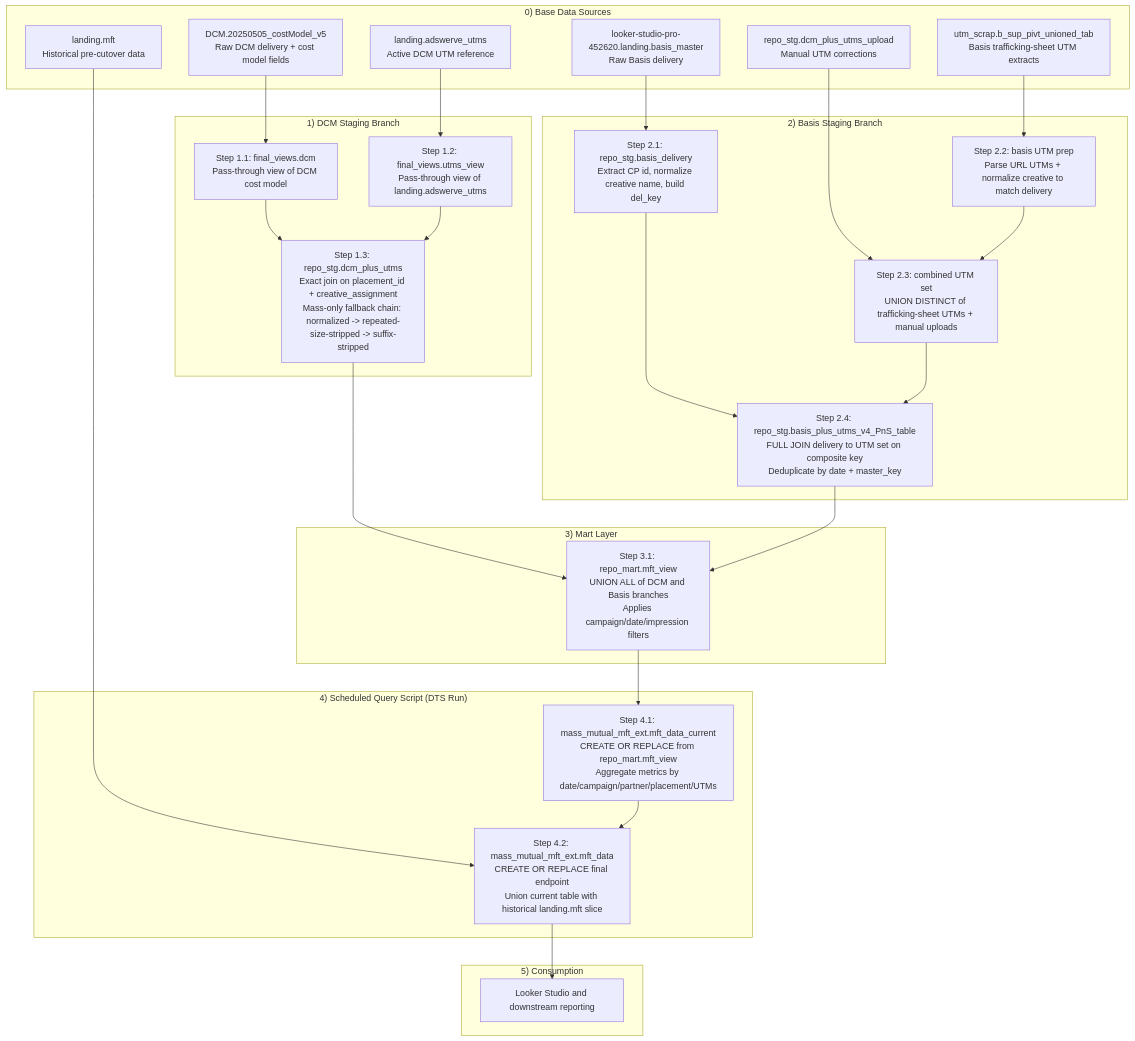
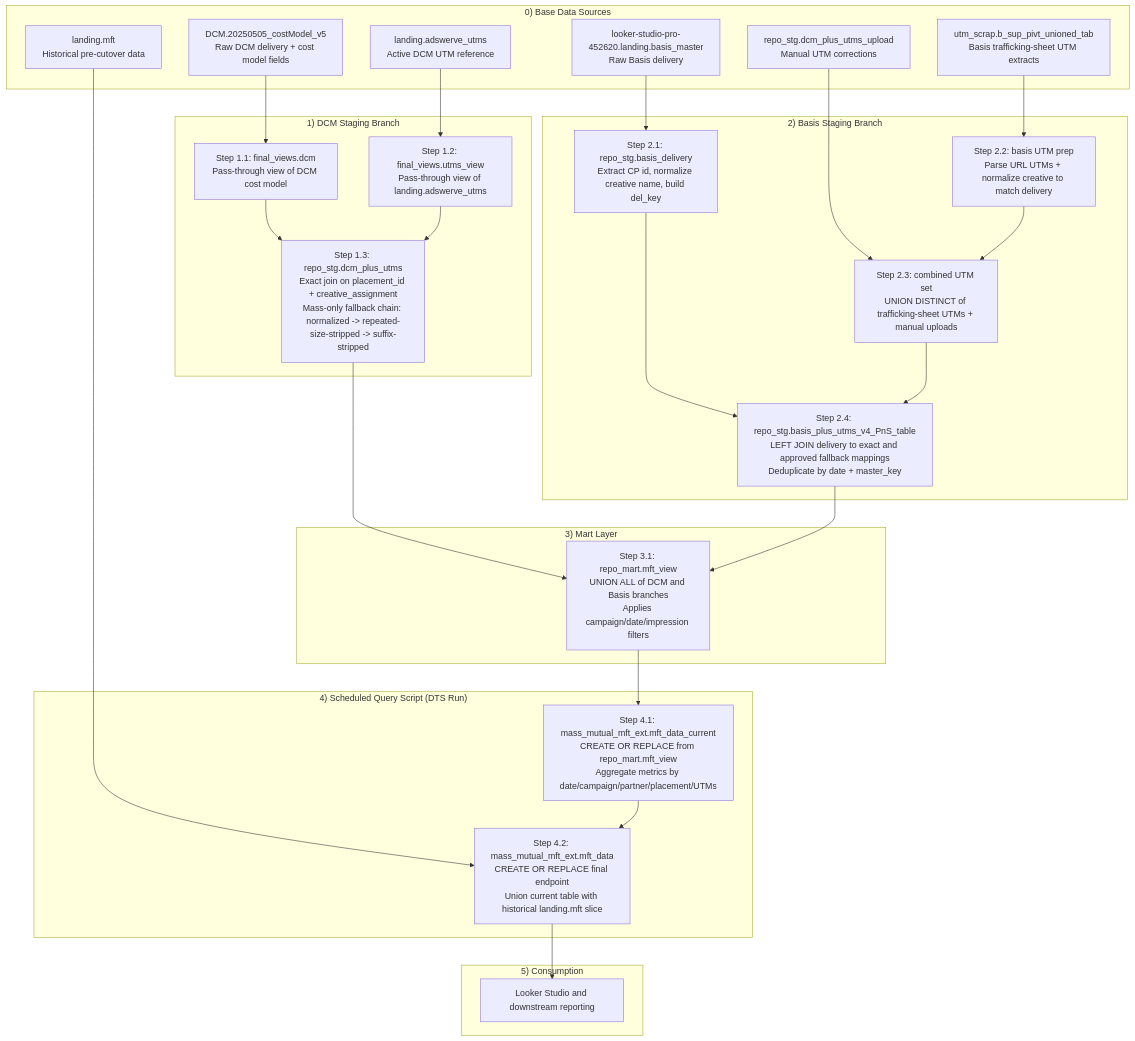
The diagram in mft/README.md (genetsen/looker_personal), drawn with Mermaid before and after one commit. The commit also changed other lines of this file and 6 other files, not shown here.

````diff
--- a/mft/README.md
+++ b/mft/README.md
@@ -57,65 +57,65 @@
 ```mermaid
 flowchart TD
     %% Sources
     subgraph S["0) Base Data Sources"]
         DCM0["DCM.20250505_costModel_v5<br/>Raw DCM delivery + cost model fields"]
         BASIS0["looker-studio-pro-452620.landing.basis_master<br/>Raw Basis delivery"]
         UTM1["landing.adswerve_utms<br/>Active DCM UTM reference"]
         UTM2["utm_scrap.b_sup_pivt_unioned_tab<br/>Basis trafficking-sheet UTM extracts"]
         UTM3["repo_stg.dcm_plus_utms_upload<br/>Manual UTM corrections"]
         HIST0["landing.mft<br/>Historical pre-cutover data"]
     end
 
     %% DCM staging path
     subgraph D["1) DCM Staging Branch"]
         D1["Step 1.1: final_views.dcm<br/>Pass-through view of DCM cost model"]
         D2["Step 1.2: final_views.utms_view<br/>Pass-through view of landing.adswerve_utms"]
         D3["Step 1.3: repo_stg.dcm_plus_utms<br/>Exact join on placement_id + creative_assignment<br/>Mass-only fallback chain: normalized -> repeated-size-stripped -> suffix-stripped"]
     end
 
     %% Basis staging path
     subgraph B["2) Basis Staging Branch"]
         B1["Step 2.1: repo_stg.basis_delivery<br/>Extract CP id, normalize creative name, build del_key"]
         B2["Step 2.2: basis UTM prep<br/>Parse URL UTMs + normalize creative to match delivery"]
         B3["Step 2.3: combined UTM set<br/>UNION DISTINCT of trafficking-sheet UTMs + manual uploads"]
-        B4["Step 2.4: repo_stg.basis_plus_utms_v4_PnS_table<br/>FULL JOIN delivery to UTM set on composite key<br/>Deduplicate by date + master_key"]
+        B4["Step 2.4: repo_stg.basis_plus_utms_v4_PnS_table<br/>LEFT JOIN delivery to exact and approved fallback mappings<br/>Deduplicate by date + master_key"]
     end
 
     %% Mart
     subgraph M["3) Mart Layer"]
         M1["Step 3.1: repo_mart.mft_view<br/>UNION ALL of DCM and Basis branches<br/>Applies campaign/date/impression filters"]
     end
 
     %% Scheduled endpoint build
     subgraph Q["4) Scheduled Query Script (DTS Run)"]
         Q1["Step 4.1: mass_mutual_mft_ext.mft_data_current<br/>CREATE OR REPLACE from repo_mart.mft_view<br/>Aggregate metrics by date/campaign/partner/placement/UTMs"]
         Q2["Step 4.2: mass_mutual_mft_ext.mft_data<br/>CREATE OR REPLACE final endpoint<br/>Union current table with historical landing.mft slice"]
     end
 
     %% Consumption
     subgraph C["5) Consumption"]
         C1["Looker Studio and downstream reporting"]
     end
 
     %% Edges: source -> dcm
     DCM0 --> D1
     UTM1 --> D2
     D1 --> D3
     D2 --> D3
 
     %% Edges: source -> basis
     BASIS0 --> B1
     UTM2 --> B2
     UTM3 --> B3
     B2 --> B3
     B1 --> B4
     B3 --> B4
 
     %% Edges: branch -> mart -> endpoint
     D3 --> M1
     B4 --> M1
     M1 --> Q1
     HIST0 --> Q2
     Q1 --> Q2
     Q2 --> C1
 ```
````
